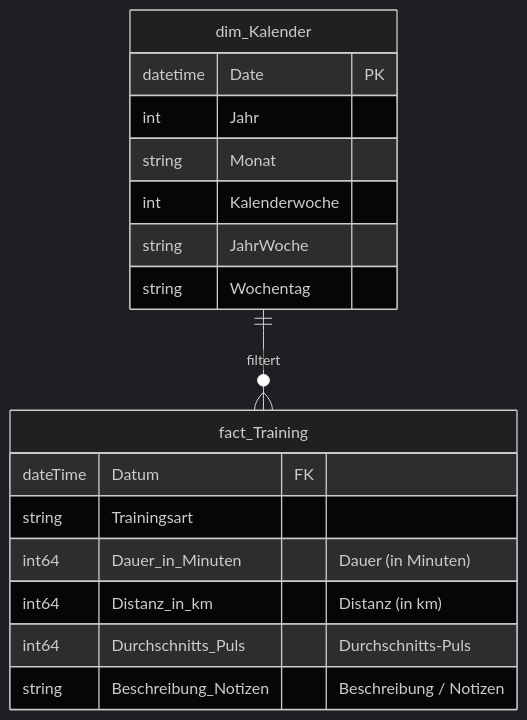
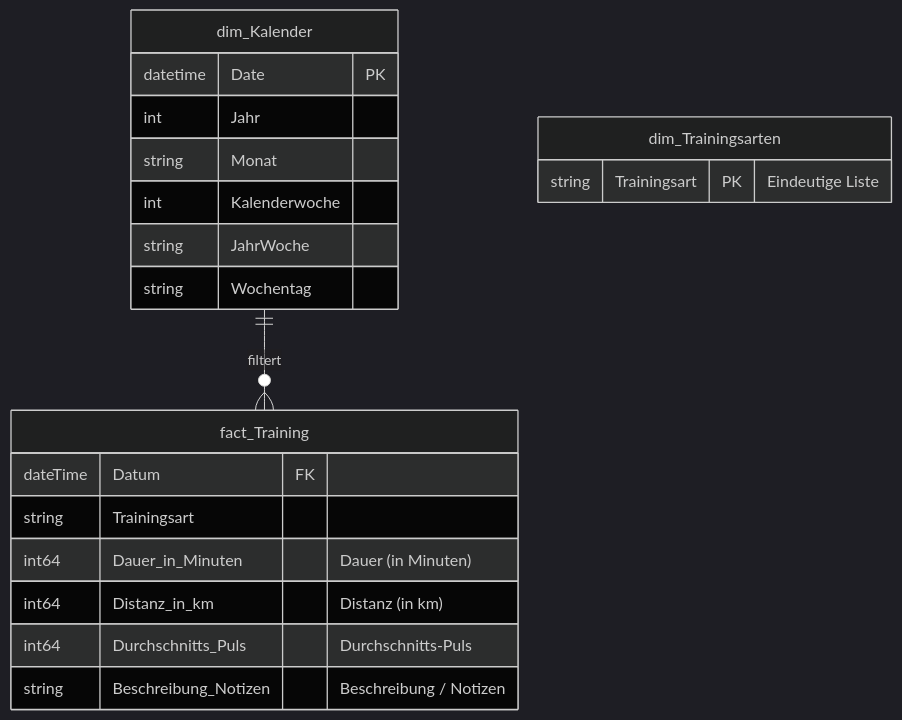
Before and after one commit to AndreasTraut/Personal-Fitness-BI: the diagram in docs/03_datenmodell.md, drawn with Mermaid (dark theme). The commit also changed other lines of this file and 1 other file, not shown here.

Commit message:
Added Dimension "Trainingsarten"

````diff
--- a/docs/03_datenmodell.md
+++ b/docs/03_datenmodell.md
@@ -11,22 +13,25 @@
 ```mermaid
 erDiagram
     dim_Kalender ||--o{ fact_Training : "filtert"
     
     dim_Kalender {
         datetime Date PK
         int Jahr
         string Monat
         int Kalenderwoche
         string JahrWoche
         string Wochentag
     }
-
+	
+    dim_Trainingsarten {
+        string Trainingsart PK "Eindeutige Liste"
+    }
     fact_Training {
         dateTime Datum FK
         string Trainingsart
         int64 Dauer_in_Minuten "Dauer (in Minuten)"
         int64 Distanz_in_km "Distanz (in km)"
         int64 Durchschnitts_Puls "Durchschnitts-Puls"
         string Beschreibung_Notizen "Beschreibung / Notizen"
     }
 ```
````
